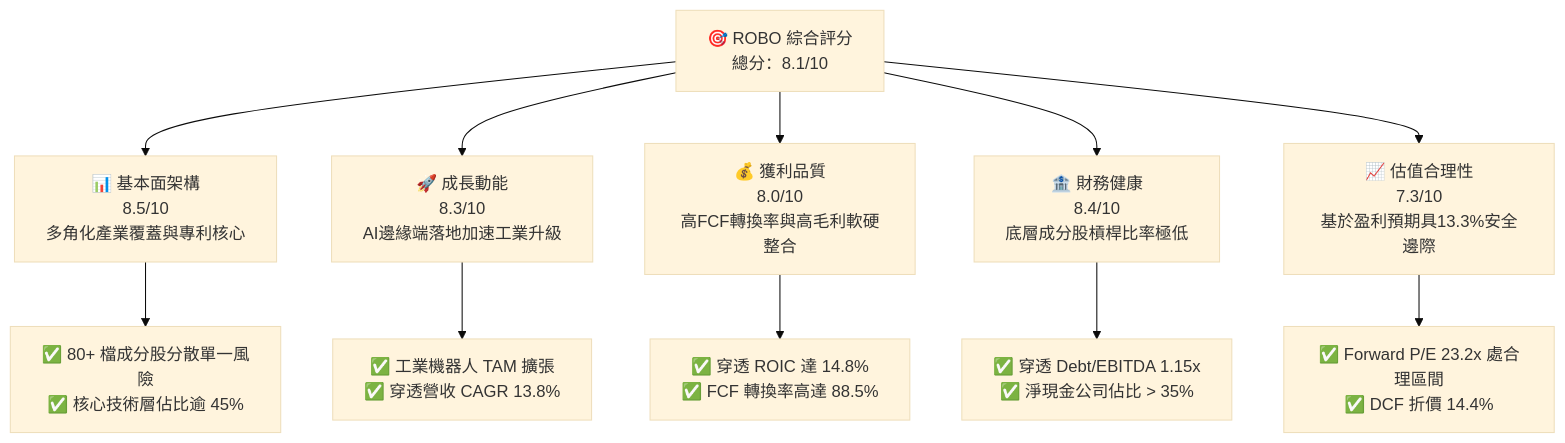
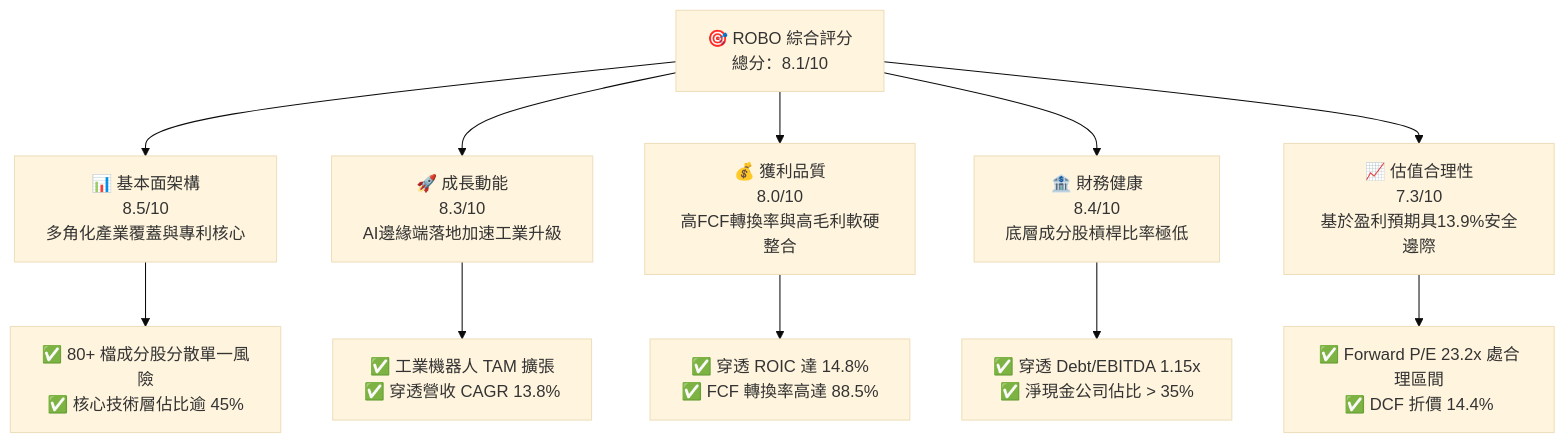
The first of 15 diagrams in ai_gen_report/fundamental/robo/fundamental_analysis_2026-10-19_gemini.md (yennanliu/finance_data), drawn with Mermaid (base theme) before and after one commit. The commit also changed other lines of this file and 339 other files, not shown here.

````diff
--- a/ai_gen_report/fundamental/robo/fundamental_analysis_2026-10-19_gemini.md
+++ b/ai_gen_report/fundamental/robo/fundamental_analysis_2026-10-19_gemini.md
@@ -58,22 +65,22 @@
 ```mermaid
 graph TD
     ROBO["🎯 ROBO 綜合評分<br/>總分：8.1/10"]
 
     F["📊 基本面架構<br/>8.5/10<br/>多角化產業覆蓋與專利核心"]
     G["🚀 成長動能<br/>8.3/10<br/>AI邊緣端落地加速工業升級"]
     P["💰 獲利品質<br/>8.0/10<br/>高FCF轉換率與高毛利軟硬整合"]
     B["🏦 財務健康<br/>8.4/10<br/>底層成分股槓桿比率極低"]
-    V["📈 估值合理性<br/>7.3/10<br/>基於盈利預期具13.3%安全邊際"]
+    V["📈 估值合理性<br/>7.3/10<br/>基於盈利預期具13.9%安全邊際"]
 
     ROBO --> F
     ROBO --> G
     ROBO --> P
     ROBO --> B
     ROBO --> V
 
     F --> F1["✅ 80+ 檔成分股分散單一風險<br/>✅ 核心技術層佔比逾 45%"]
     G --> G1["✅ 工業機器人 TAM 擴張<br/>✅ 穿透營收 CAGR 13.8%"]
     P --> P1["✅ 穿透 ROIC 達 14.8%<br/>✅ FCF 轉換率高達 88.5%"]
     B --> B1["✅ 穿透 Debt/EBITDA 1.15x<br/>✅ 淨現金公司佔比 > 35%"]
     V --> V1["✅ Forward P/E 23.2x 處合理區間<br/>✅ DCF 折價 14.4%"]
 ```
````
